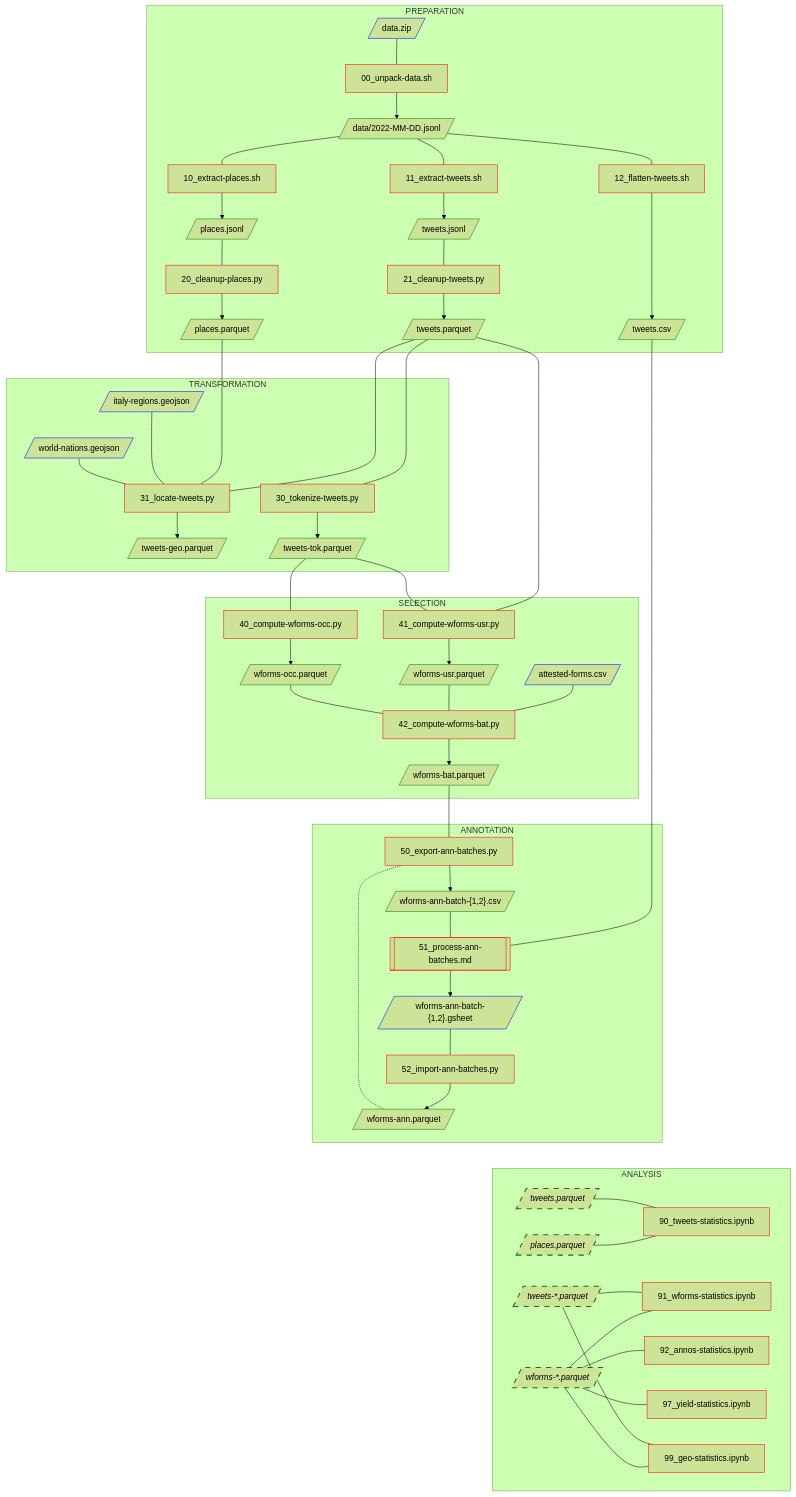
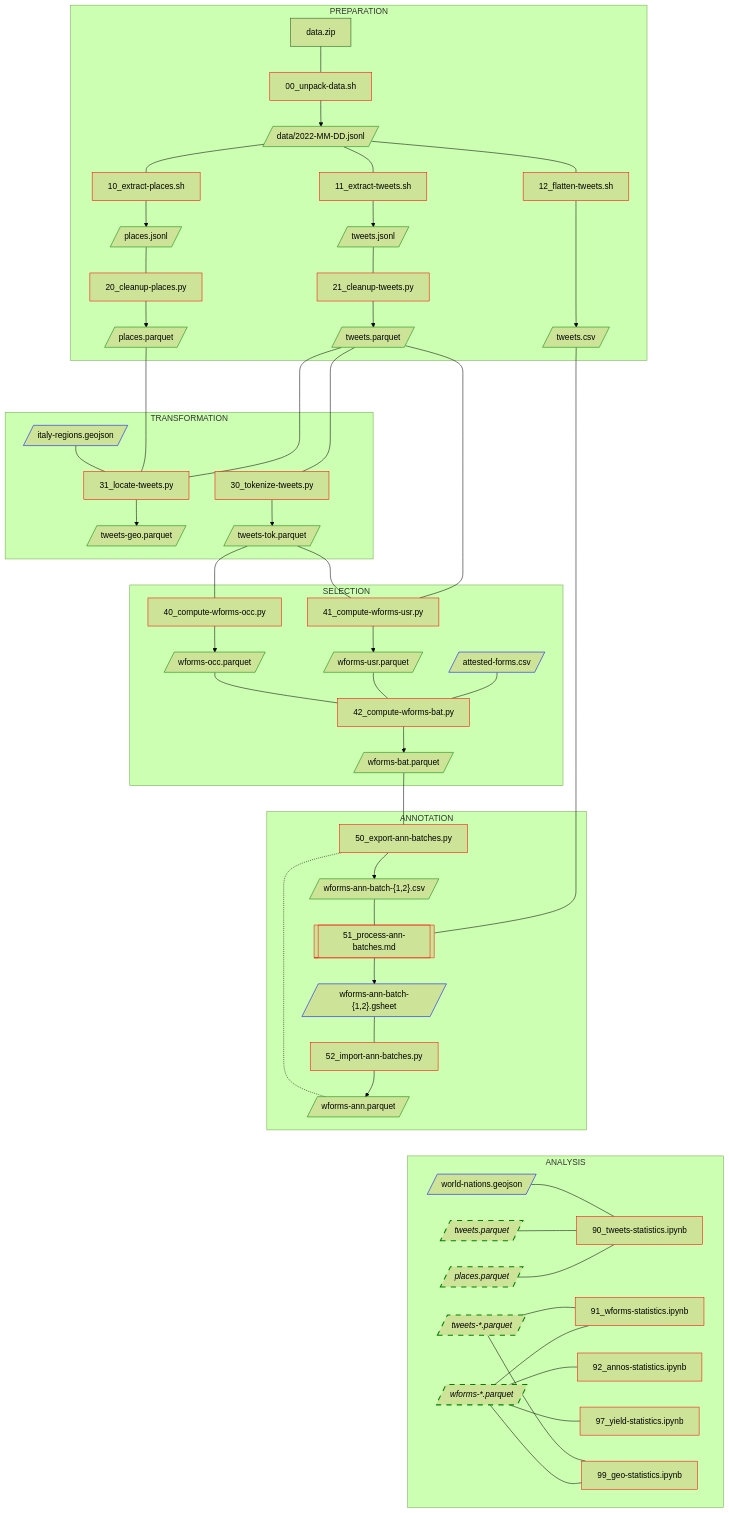
One commit to breviloquia-italica/pipeline changed the diagram in README.md. Above: the diagram before and after it, drawn with Mermaid (forest theme). The commit also changed 4 other files, not shown here.

```diff
--- a/README.md
+++ b/README.md
@@ -12,7 +12,6 @@
 20[20_cleanup-places.py]:::code;
 21[21_cleanup-tweets.py]:::code;
 
-data.zip[/data.zip/]:::extdata;
 2022-MM-DD.jsonl[/data/2022-MM-DD.jsonl/]:::data;
 places.jsonl[/places.jsonl/]:::data;
 places.parquet[/places.parquet/]:::data;
@@ -41,8 +40,7 @@
 tweets-tok.parquet[/tweets-tok.parquet/]:::data;
 tweets-geo.parquet[/tweets-geo.parquet/]:::data;
 
-_01[/world-nations.geojson/]:::extdata --- 31;
-_02[/italy-regions.geojson/]:::extdata ---- 31;
+_02[/italy-regions.geojson/]:::extdata --- 31;
 places.parquet ----- 31;
 tweets.parquet --- 31;
 31 --> tweets-geo.parquet;
@@ -110,6 +108,7 @@
 tweets-*.parquet[/tweets-*.parquet/]:::dataref;
 wforms-*.parquet[/wforms-*.parquet/]:::dataref;
 
+_01[/world-nations.geojson/]:::extdata --- 90;
 tweets.parquet.ref --- 90;
 places.parquet.ref --- 90;
 
```
